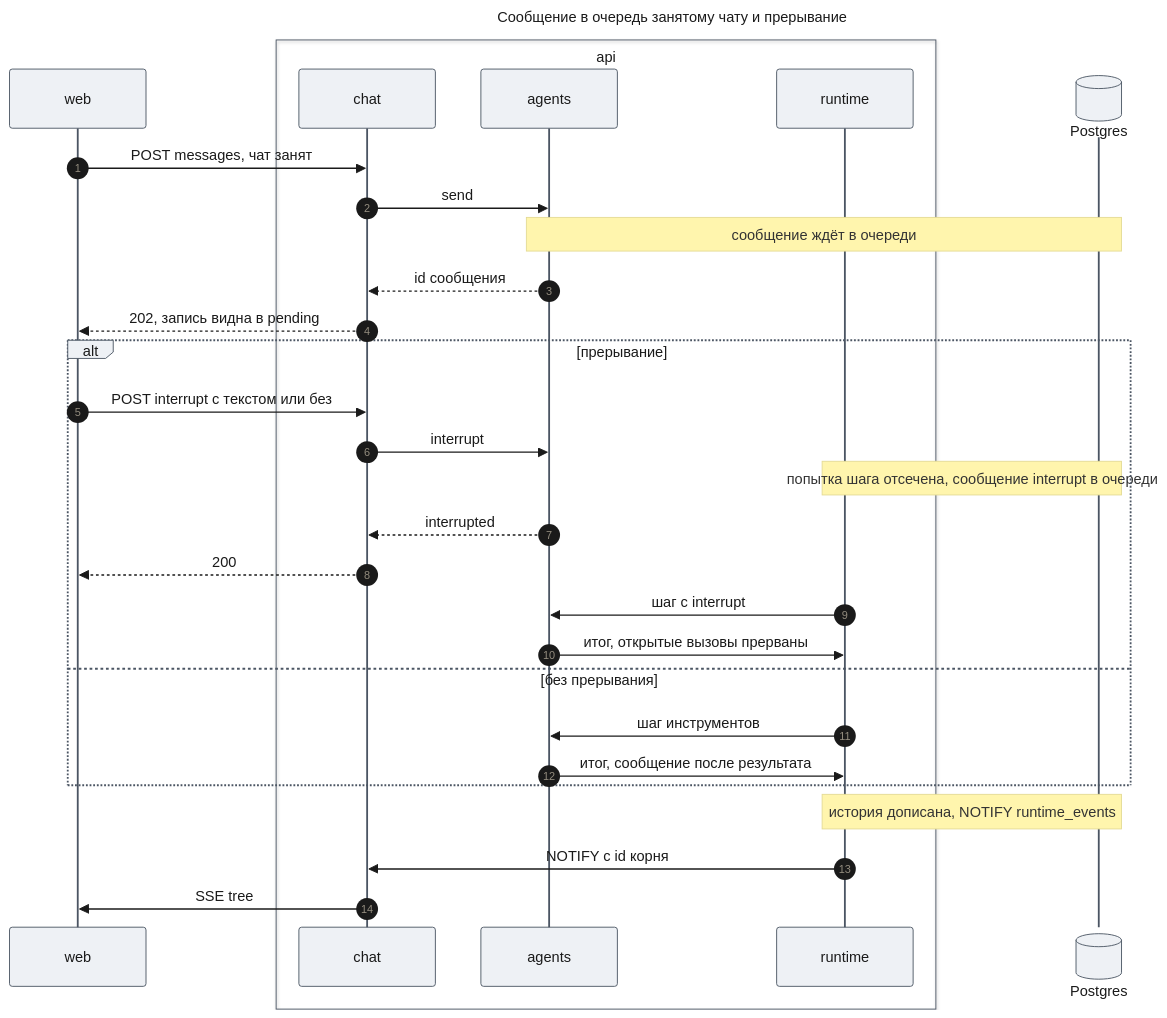
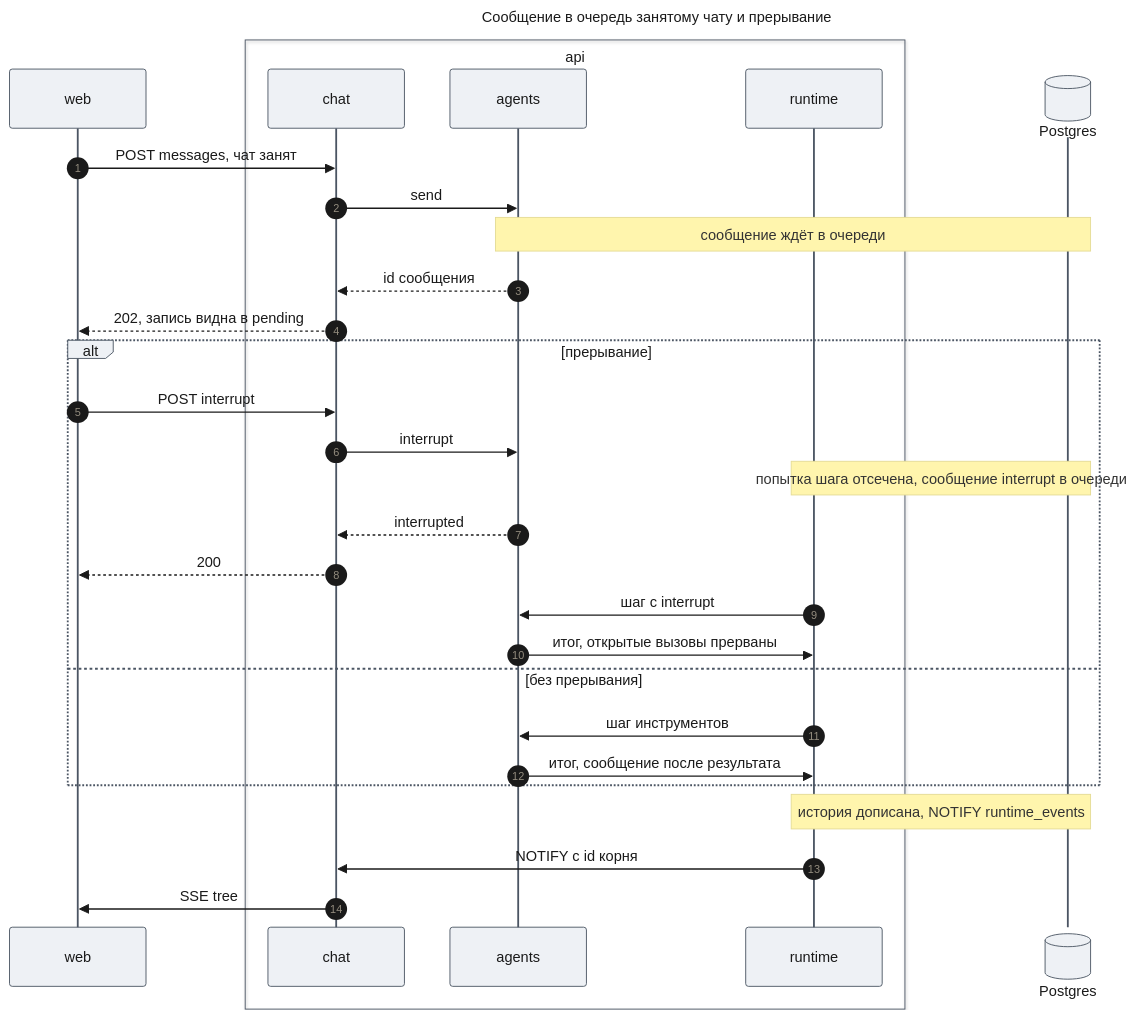
Before and after one commit to tundraray/agent-os: the fifth of 10 diagrams in docs/features/agent-platform/design-chat.md, drawn with Mermaid. The commit also changed other lines of this file and 528 other files, not shown here.

````diff
--- a/docs/features/agent-platform/design-chat.md
+++ b/docs/features/agent-platform/design-chat.md
@@ -402,59 +402,59 @@
 ```mermaid
 ---
 title: "Сообщение в очередь занятому чату и прерывание"
 config:
   themeCSS: |
     @keyframes lit_s2{0%,6.43%{stroke:#991b1b;stroke-width:6px}7.14%,100%{stroke:#37474f;stroke-width:2px}}
     @keyframes litr_s2{0%,6.43%{stroke:#1d4ed8;stroke-width:6px}7.14%,100%{stroke:#37474f;stroke-width:2px}}
     .messageLine0[data-id='i1'],.messageLine1[data-id='i1']{animation:lit_s2 16.8s linear 0s infinite}
     .messageLine0[data-id='i2'],.messageLine1[data-id='i2']{animation:lit_s2 16.8s linear 1.2s infinite}
     .messageLine0[data-id='i4'],.messageLine1[data-id='i4']{animation:litr_s2 16.8s linear 2.4s infinite}
     .messageLine0[data-id='i5'],.messageLine1[data-id='i5']{animation:litr_s2 16.8s linear 3.6s infinite}
     .messageLine0[data-id='i7'],.messageLine1[data-id='i7']{animation:lit_s2 16.8s linear 4.8s infinite}
     .messageLine0[data-id='i8'],.messageLine1[data-id='i8']{animation:lit_s2 16.8s linear 6s infinite}
     .messageLine0[data-id='i10'],.messageLine1[data-id='i10']{animation:litr_s2 16.8s linear 7.2s infinite}
     .messageLine0[data-id='i11'],.messageLine1[data-id='i11']{animation:litr_s2 16.8s linear 8.4s infinite}
     .messageLine0[data-id='i12'],.messageLine1[data-id='i12']{animation:litr_s2 16.8s linear 9.6s infinite}
     .messageLine0[data-id='i13'],.messageLine1[data-id='i13']{animation:lit_s2 16.8s linear 10.8s infinite}
     .messageLine0[data-id='i15'],.messageLine1[data-id='i15']{animation:litr_s2 16.8s linear 12s infinite}
     .messageLine0[data-id='i16'],.messageLine1[data-id='i16']{animation:lit_s2 16.8s linear 13.2s infinite}
     .messageLine0[data-id='i19'],.messageLine1[data-id='i19']{animation:litr_s2 16.8s linear 14.4s infinite}
     .messageLine0[data-id='i20'],.messageLine1[data-id='i20']{animation:litr_s2 16.8s linear 15.6s infinite}
   theme: base
   look: classic
   themeVariables:
     primaryColor: "#eef1f5"
     primaryBorderColor: "#4b5563"
     primaryTextColor: "#1a1a1a"
     lineColor: "#6b7280"
 ---
 sequenceDiagram
     autonumber
     participant W as web
     box api
     participant C as chat
     participant A as agents
     participant R as runtime
     end
     participant DB@{ "type": "database" } as Postgres
     W->>C: POST messages, чат занят
     C->>A: send
     Note over A,DB: сообщение ждёт в очереди
     A-->>C: id сообщения
     C-->>W: 202, запись видна в pending
     alt прерывание
-        W->>C: POST interrupt с текстом или без
+        W->>C: POST interrupt
         C->>A: interrupt
         Note over R,DB: попытка шага отсечена, сообщение interrupt в очереди
         A-->>C: interrupted
         C-->>W: 200
         R->>A: шаг с interrupt
         A->>R: итог, открытые вызовы прерваны
     else без прерывания
         R->>A: шаг инструментов
         A->>R: итог, сообщение после результата
     end
     Note over R,DB: история дописана, NOTIFY runtime_events
     R->>C: NOTIFY с id корня
     C->>W: SSE tree
 ```
````
